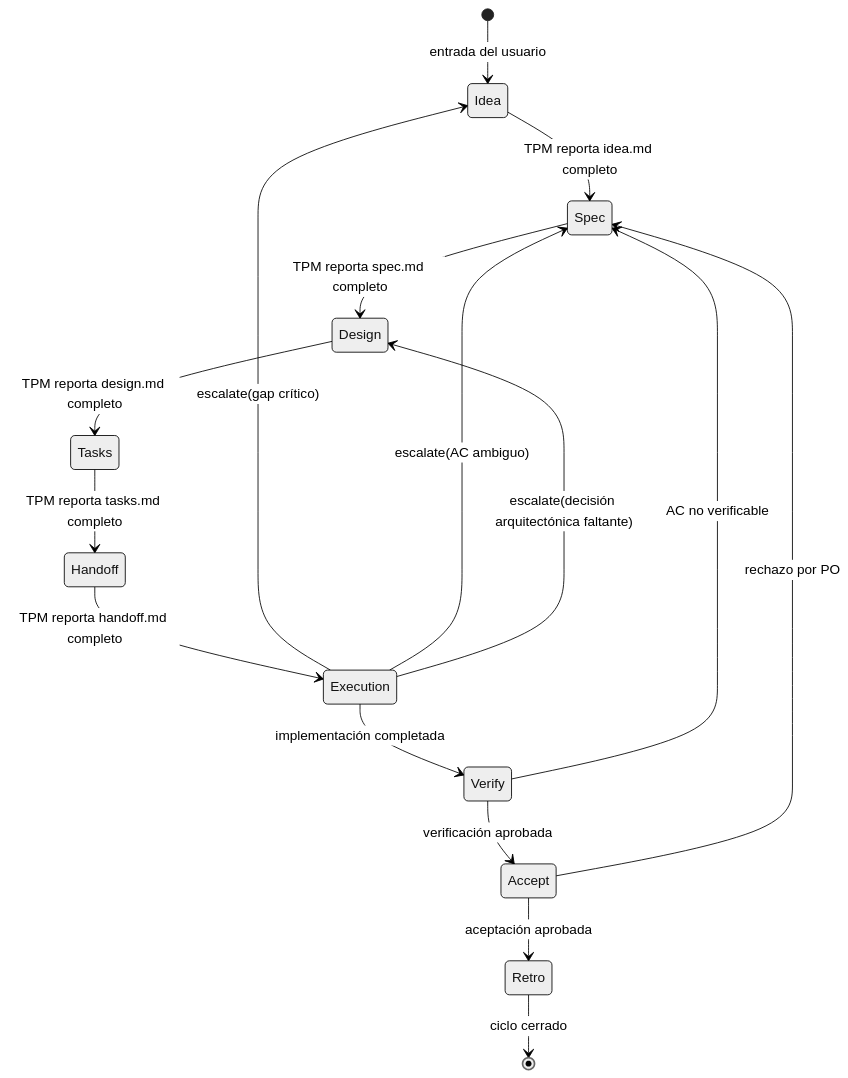
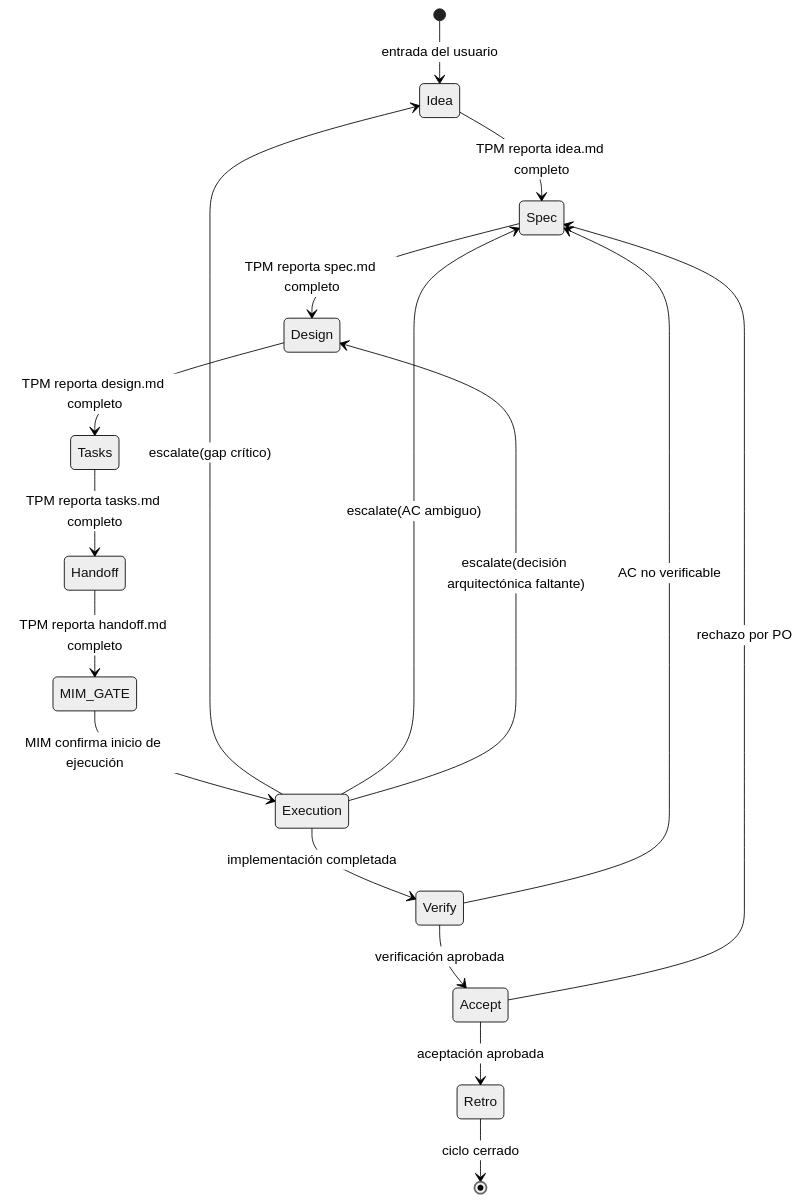
One commit to virgenherrera/idea-to-mvp changed the second of 13 diagrams in docs/behavior-scrum-master-routing.md. Above: the diagram before and after it, drawn with Mermaid (neutral theme). The commit also changed other lines of this file and 4 other files, not shown here.

````diff
--- a/docs/behavior-scrum-master-routing.md
+++ b/docs/behavior-scrum-master-routing.md
@@ -72,19 +89,20 @@
 ```mermaid
 stateDiagram-v2
     [*] --> Idea: entrada del usuario
     Idea --> Spec: TPM reporta idea.md completo
     Spec --> Design: TPM reporta spec.md completo
     Design --> Tasks: TPM reporta design.md completo
     Tasks --> Handoff: TPM reporta tasks.md completo
-    Handoff --> Execution: TPM reporta handoff.md completo
+    Handoff --> MIM_GATE: TPM reporta handoff.md completo
+    MIM_GATE --> Execution: MIM confirma inicio de ejecución
     Execution --> Verify: implementación completada
     Verify --> Accept: verificación aprobada
     Accept --> Retro: aceptación aprobada
     Retro --> [*]: ciclo cerrado
 
     Execution --> Idea: escalate(gap crítico)
     Execution --> Spec: escalate(AC ambiguo)
     Execution --> Design: escalate(decisión arquitectónica faltante)
     Verify --> Spec: AC no verificable
     Accept --> Spec: rechazo por PO
 ```
````
